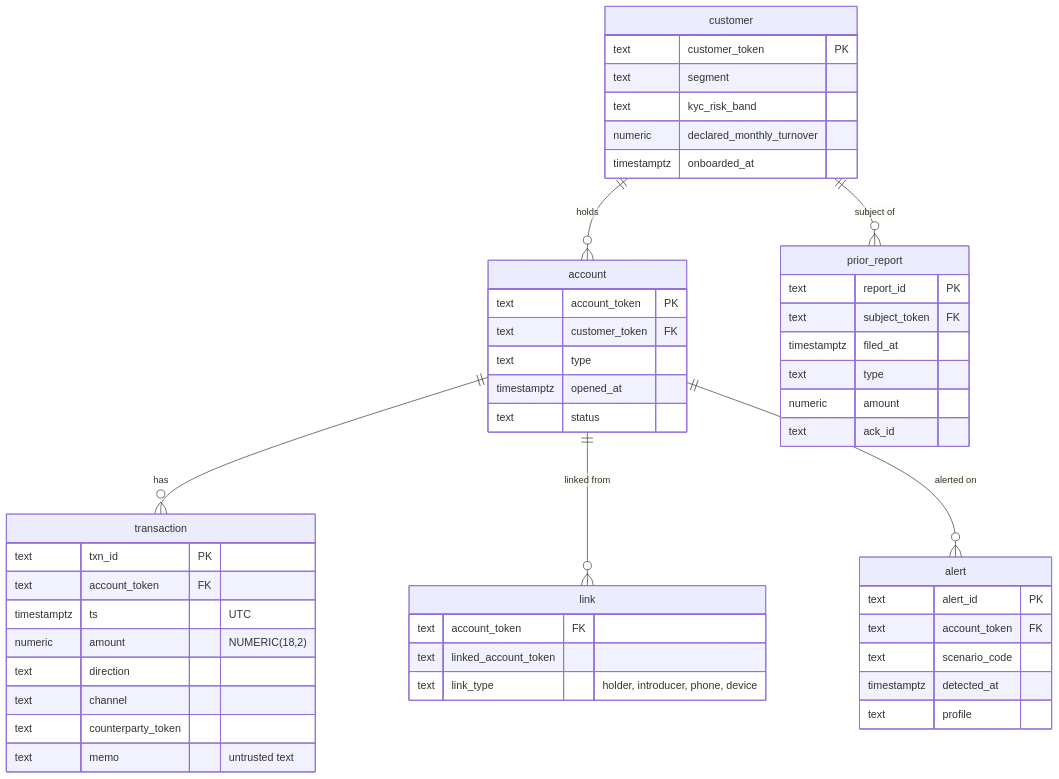
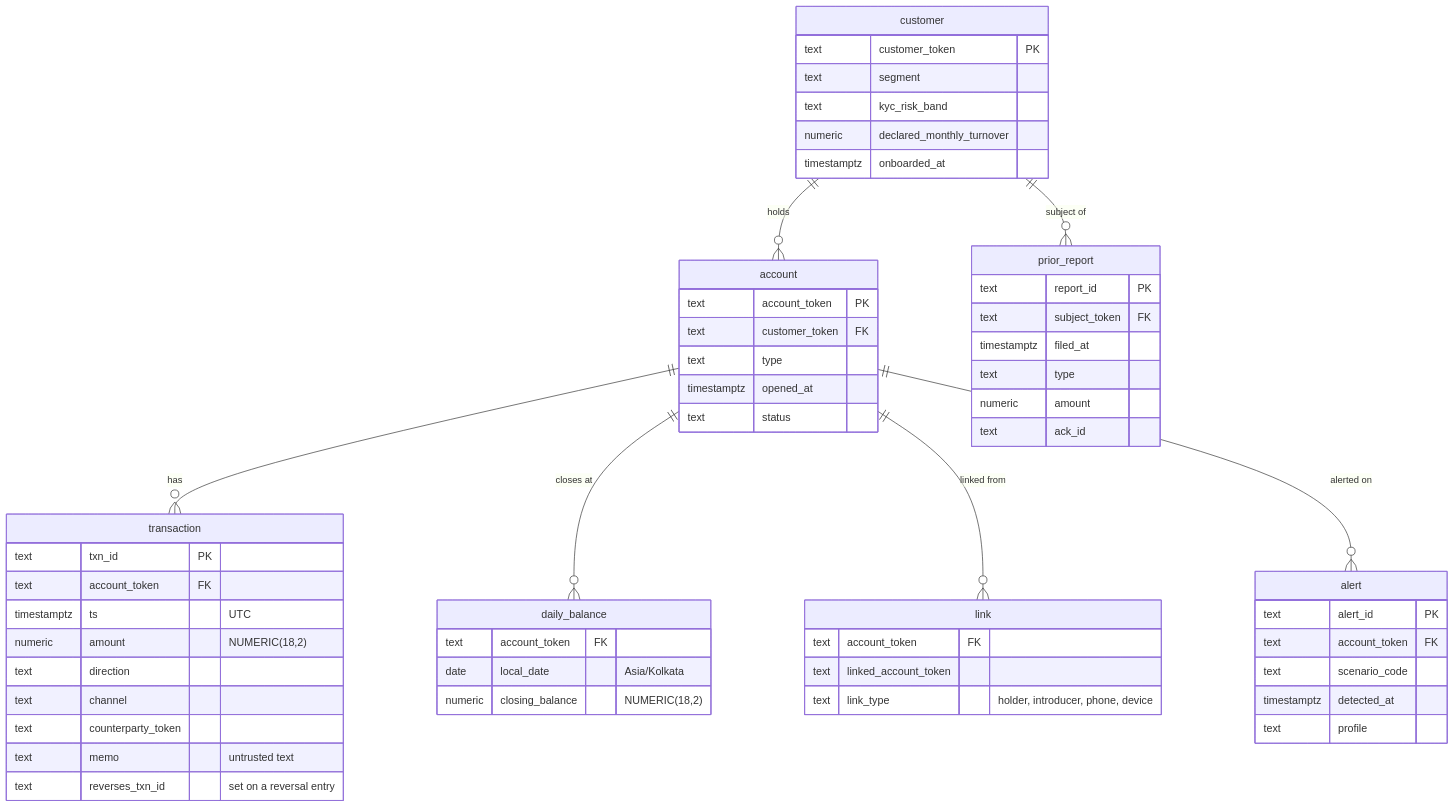
One commit to x1chg956/genai-project changed the first of 2 diagrams in docs/04_DATA_AND_RULES.md. Above: the diagram before and after it, drawn with Mermaid. The commit also changed other lines of this file and 26 other files, not shown here.

````diff
--- a/docs/04_DATA_AND_RULES.md
+++ b/docs/04_DATA_AND_RULES.md
@@ -13,53 +13,60 @@
 ```mermaid
 erDiagram
   customer ||--o{ account : holds
   account ||--o{ transaction : "has"
+  account ||--o{ daily_balance : "closes at"
   account ||--o{ link : "linked from"
   account ||--o{ alert : "alerted on"
   customer ||--o{ prior_report : "subject of"
 
   customer {
     text customer_token PK
     text segment
     text kyc_risk_band
     numeric declared_monthly_turnover
     timestamptz onboarded_at
   }
   account {
     text account_token PK
     text customer_token FK
     text type
     timestamptz opened_at
     text status
   }
   transaction {
     text txn_id PK
     text account_token FK
     timestamptz ts "UTC"
     numeric amount "NUMERIC(18,2)"
     text direction
     text channel
     text counterparty_token
     text memo "untrusted text"
+    text reverses_txn_id "set on a reversal entry"
+  }
+  daily_balance {
+    text account_token FK
+    date local_date "Asia/Kolkata"
+    numeric closing_balance "NUMERIC(18,2)"
   }
   link {
     text account_token FK
     text linked_account_token
     text link_type "holder, introducer, phone, device"
   }
   alert {
     text alert_id PK
     text account_token FK
     text scenario_code
     timestamptz detected_at
     text profile
   }
   prior_report {
     text report_id PK
     text subject_token FK
     timestamptz filed_at
     text type
     numeric amount
     text ack_id
   }
 ```
````
